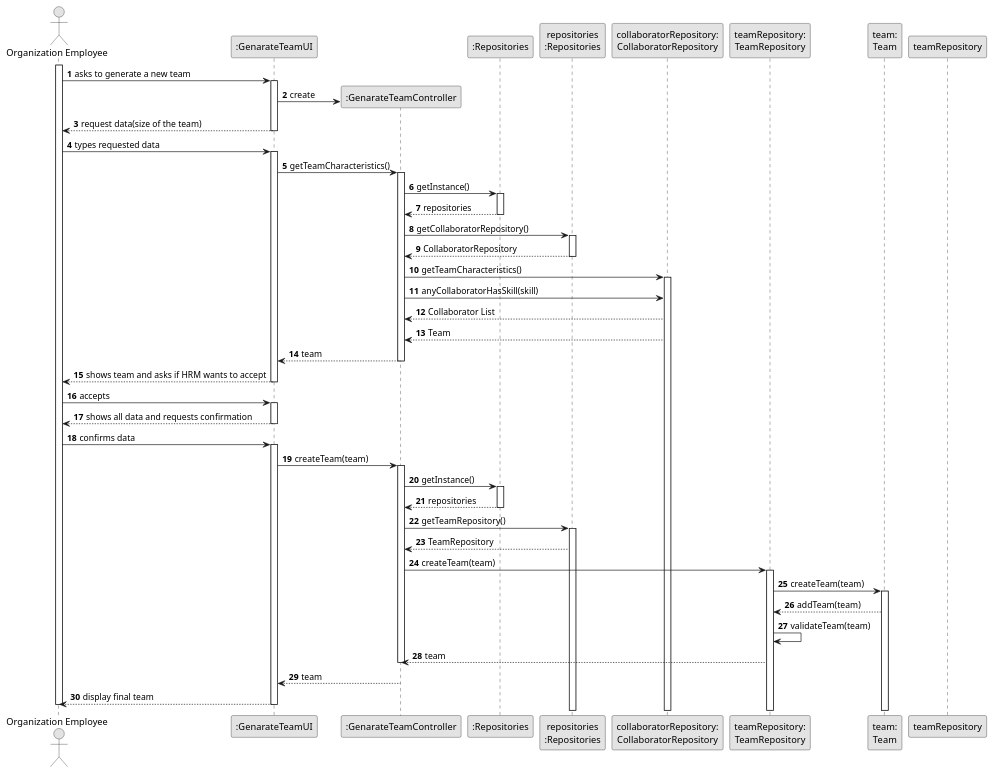
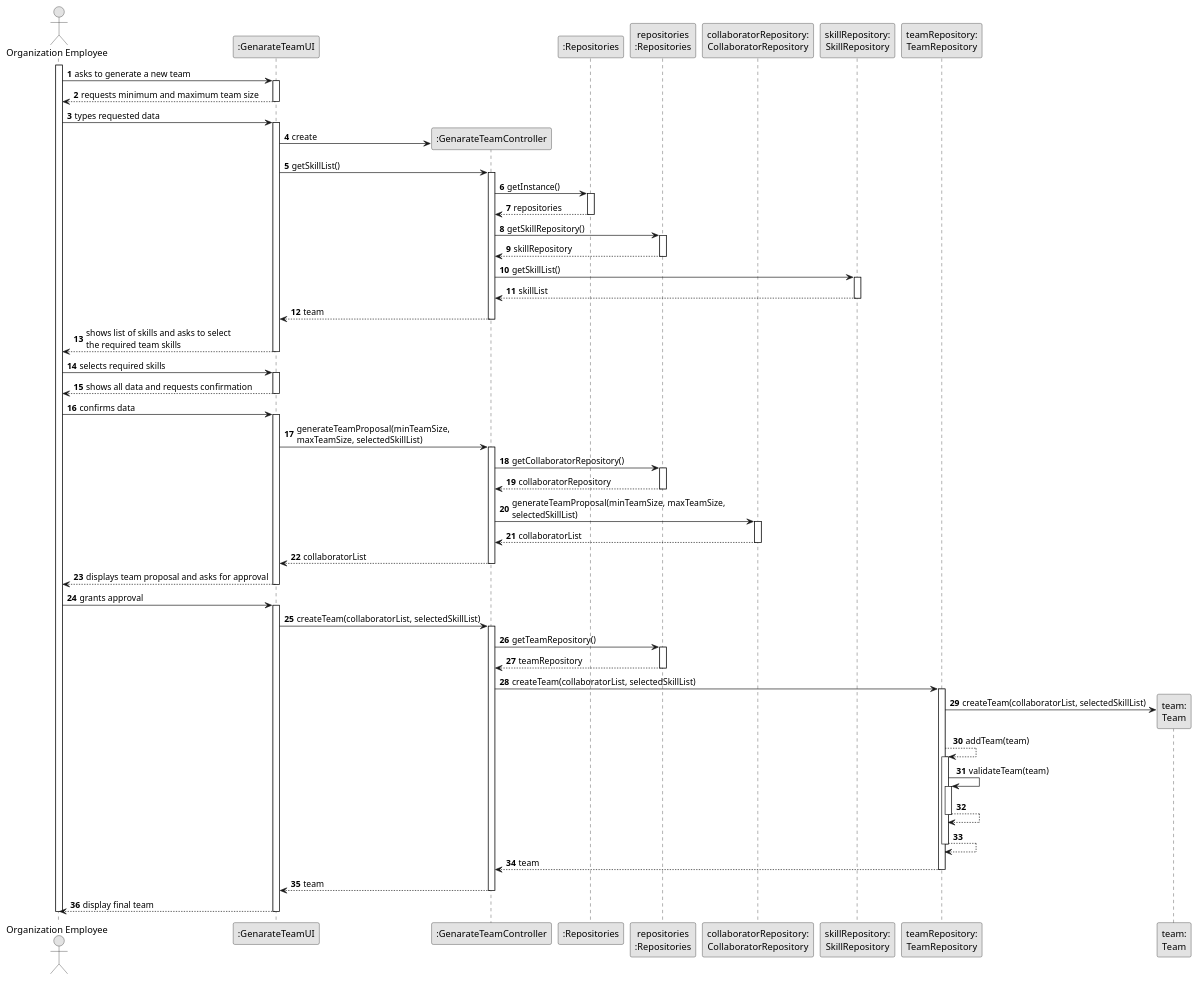
One commit to Departamento-de-Engenharia-Informatica/lei-24-s2-1dkl-g134 changed the diagram in docs/sprintB/us005/03.design/puml/us005-sequence-diagram-full.puml. Above: the diagram before and after it, drawn with PlantUML.

Commit message:
US05 design revamp

```diff
--- a/docs/sprintB/us005/03.design/puml/us005-sequence-diagram-full.puml
+++ b/docs/sprintB/us005/03.design/puml/us005-sequence-diagram-full.puml
@@ -1,113 +1,130 @@
 @startuml
 skinparam monochrome true
 skinparam packageStyle rectangle
 skinparam shadowing false
 
 autonumber
 
 'hide footbox
 actor "Organization Employee" as ADM
 participant ":GenarateTeamUI" as UI
 participant ":GenarateTeamController" as CTRL
 participant ":Repositories" as RepositorySingleton
 participant "repositories\n:Repositories" as PLAT
 participant "collaboratorRepository:\nCollaboratorRepository" as CollaboratorRepository
+participant "skillRepository:\nSkillRepository" as SkillRepository
 participant "teamRepository:\nTeamRepository" as TeamRepository
 participant "team:\nTeam" as Team
 activate ADM
 
         ADM -> UI : asks to generate a new team
 
         activate UI
 
-'
-            UI -> CTRL** : create
-
-            UI --> ADM : request data(size of the team)
+            UI --> ADM : requests minimum and maximum team size
             deactivate UI
 
             ADM -> UI : types requested data
             activate UI
 
+            UI -> CTRL** : create
 
-            UI -> CTRL: getTeamCharacteristics()
+            UI -> CTRL: getSkillList()
             activate CTRL
-
-
-
-
-
                 CTRL -> RepositorySingleton : getInstance()
                 activate RepositorySingleton
 
                     RepositorySingleton --> CTRL: repositories
                 deactivate RepositorySingleton
 
-                CTRL -> PLAT : getCollaboratorRepository()
+                CTRL -> PLAT : getSkillRepository()
                 activate PLAT
 
-                    PLAT --> CTRL: CollaboratorRepository
+                    PLAT --> CTRL: skillRepository
                 deactivate PLAT
 
-                CTRL -> CollaboratorRepository : getTeamCharacteristics()
-                activate CollaboratorRepository
+                CTRL -> SkillRepository : getSkillList()
+                activate SkillRepository
 
-                    CTRL -> CollaboratorRepository : anyCollaboratorHasSkill(skill)
-
-                    CollaboratorRepository --> CTRL: Collaborator List
-
-                    CollaboratorRepository --> CTRL: Team
-
+                SkillRepository --> CTRL: skillList
+                deactivate SkillRepository
 
                 CTRL --> UI : team
             deactivate CTRL
 
-            UI --> ADM : shows team and asks if HRM wants to accept
-        deactivate UI
+    UI --> ADM : shows list of skills and asks to select\nthe required team skills
+    deactivate UI
 
-    ADM -> UI : accepts
+    ADM -> UI : selects required skills
     activate UI
 
-        UI --> ADM : shows all data and requests confirmation
+    UI --> ADM : shows all data and requests confirmation
     deactivate UI
 
     ADM -> UI : confirms data
     activate UI
 
-    UI -> CTRL: createTeam(team)
+    UI -> CTRL: generateTeamProposal(minTeamSize,\nmaxTeamSize, selectedSkillList)
     activate CTRL
 
-    CTRL -> RepositorySingleton : getInstance()
-    activate RepositorySingleton
+        CTRL -> PLAT: getCollaboratorRepository()
+        activate PLAT
 
-    RepositorySingleton -->  CTRL : repositories
-    deactivate RepositorySingleton
+        PLAT --> CTRL: collaboratorRepository
+        deactivate PLAT
+
+        CTRL -> CollaboratorRepository: generateTeamProposal(minTeamSize, maxTeamSize,\nselectedSkillList)
+        activate CollaboratorRepository
+
+        CollaboratorRepository --> CTRL: collaboratorList
+        deactivate CollaboratorRepository
+
+
+    CTRL --> UI: collaboratorList
+    deactivate CTRL
+
+    UI --> ADM : displays team proposal and asks for approval
+    deactivate UI
+
+    ADM -> UI : grants approval
+    activate UI
+
+    UI -> CTRL: createTeam(collaboratorList, selectedSkillList)
+    activate CTRL
 
     CTRL -> PLAT: getTeamRepository()
     activate PLAT
 
-    PLAT --> CTRL: TeamRepository
+    PLAT --> CTRL: teamRepository
+    deactivate PLAT
 
-    CTRL -> TeamRepository : createTeam(team)
+    CTRL -> TeamRepository : createTeam(collaboratorList, selectedSkillList)
     activate TeamRepository
 
-    TeamRepository -> Team: createTeam(team)
-    activate Team
+    TeamRepository -> Team**: createTeam(collaboratorList, selectedSkillList)
 
-    Team --> TeamRepository: addTeam(team)
-    deactivate teamRepository
+    TeamRepository --> TeamRepository: addTeam(team)
+    activate TeamRepository
 
     TeamRepository -> TeamRepository: validateTeam(team)
+    activate TeamRepository
+
+    TeamRepository --> TeamRepository
+    deactivate TeamRepository
+
+    TeamRepository --> TeamRepository
+    deactivate TeamRepository
 
     TeamRepository --> CTRL: team
-    deactivate CTRL
+    deactivate TeamRepository
 
     CTRL --> UI: team
+    deactivate CTRL
 
     UI --> ADM: display final team
 
     deactivate UI
 
 deactivate ADM
 
 @enduml
```
